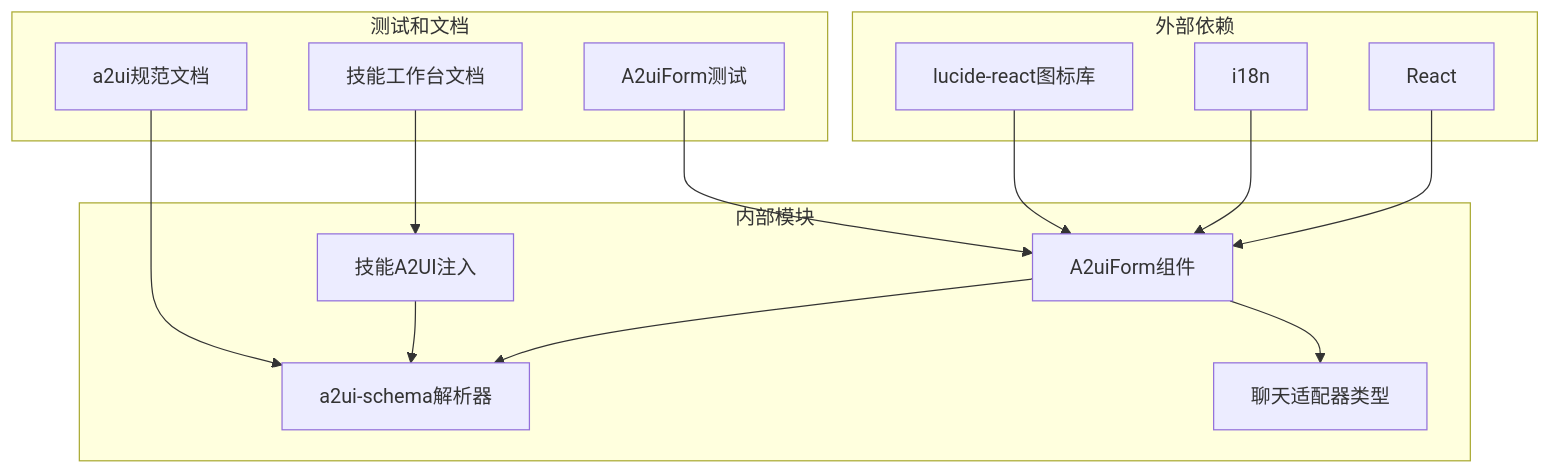
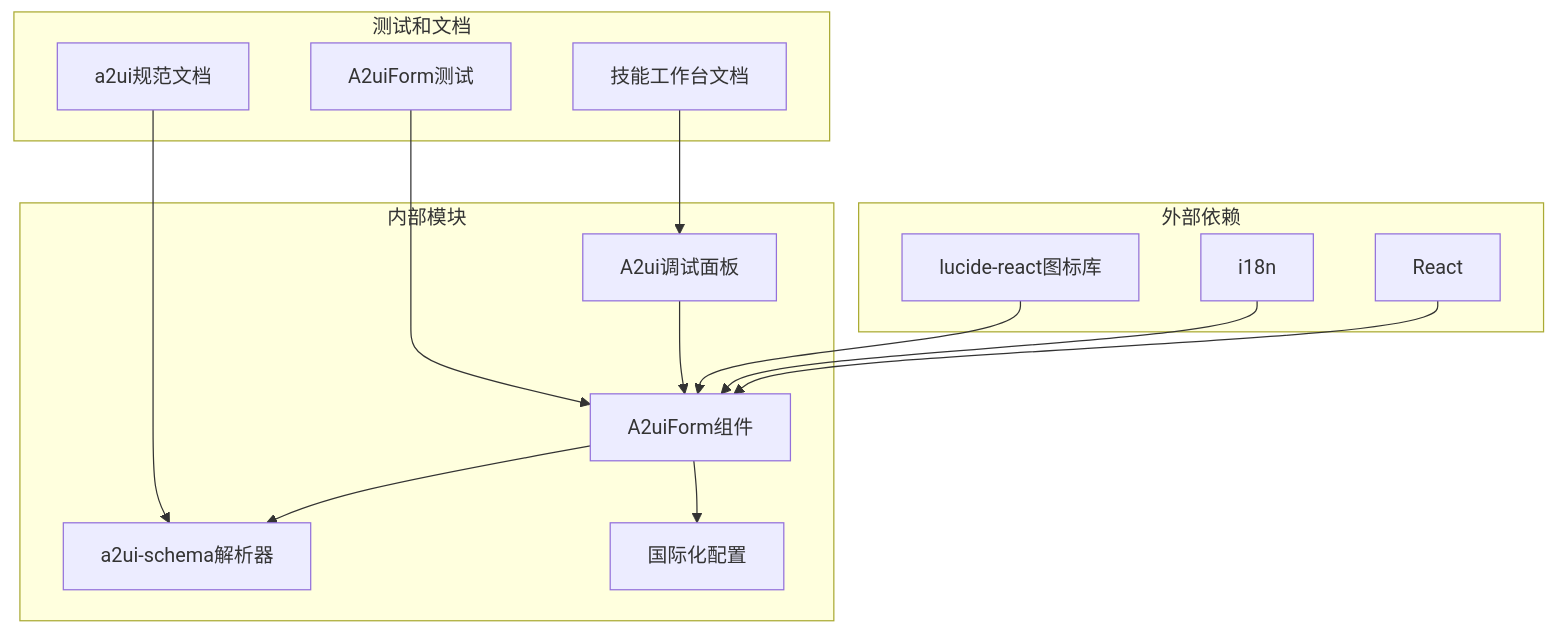
Before and after one commit to WW-AI-Lab/openclaw-office: the sixth of 6 diagrams in .qoder/repowiki/zh/content/项目概述/核心功能介绍/控制台管理界面/Skills技能管理/A2UI输入表单系统.md, drawn with Mermaid. The commit also changed other lines of this file and 5 other files, not shown here.

````diff
--- a/.qoder/repowiki/zh/content/项目概述/核心功能介绍/控制台管理界面/Skills技能管理/A2UI输入表单系统.md
+++ b/.qoder/repowiki/zh/content/项目概述/核心功能介绍/控制台管理界面/Skills技能管理/A2UI输入表单系统.md
@@ -277,28 +295,28 @@
 ```mermaid
 graph TB
 subgraph "外部依赖"
 A[React]
 B[i18n]
 C[lucide-react图标库]
 end
 subgraph "内部模块"
 D[A2uiForm组件]
 E[a2ui-schema解析器]
-F[聊天适配器类型]
-G[技能A2UI注入]
+F[国际化配置]
+G[A2ui调试面板]
 end
 subgraph "测试和文档"
 H[A2uiForm测试]
 I[a2ui规范文档]
 J[技能工作台文档]
 end
 A --> D
 B --> D
 C --> D
 D --> E
 D --> F
-G --> E
+G --> D
 H --> D
 I --> E
 J --> G
 ```
````
